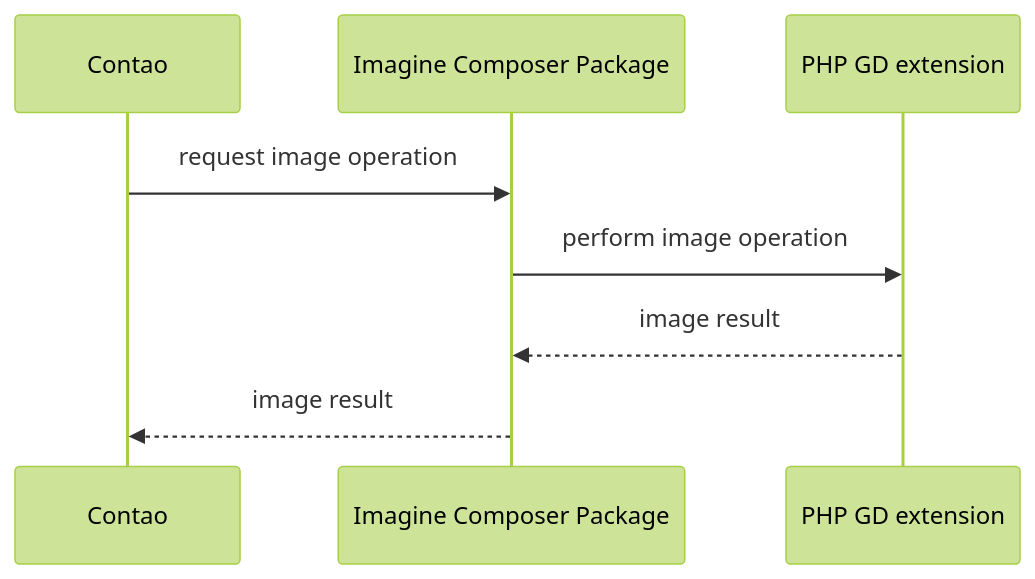
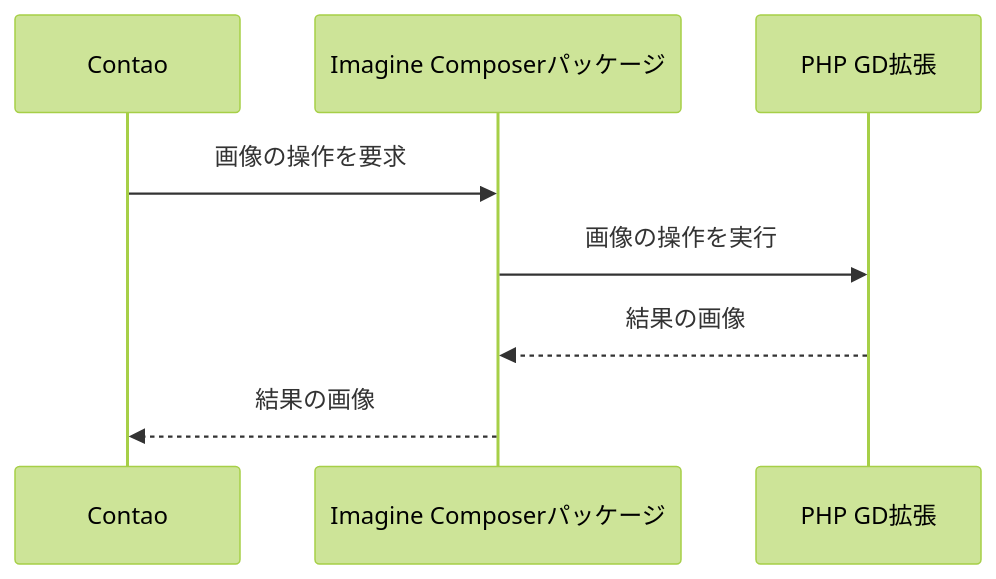
One commit to taca/docs changed the first of 3 diagrams in docs/manual/installation/system-requirements/_index.ja.md. Above: the diagram before and after it, drawn with Mermaid (forest theme). The commit also changed other lines of this file and 1 other file, not shown here.

````diff
--- a/docs/manual/installation/system-requirements/_index.ja.md
+++ b/docs/manual/installation/system-requirements/_index.ja.md
@@ -79,11 +78,11 @@
 ```mermaid
 sequenceDiagram
     participant Contao as Contao
-    participant Imagine as Imagine Composer Package
-    participant GD as PHP GD extension
+    participant Imagine as Imagine Composerパッケージ
+    participant GD as PHP GD拡張
 
-    Contao ->> Imagine: request image operation
-    Imagine ->> GD: perform image operation
-    GD -->> Imagine: image result
-    Imagine -->> Contao: image result
+    Contao ->> Imagine: 画像の操作を要求
+    Imagine ->> GD: 画像の操作を実行
+    GD -->> Imagine: 結果の画像
+    Imagine -->> Contao: 結果の画像
 ```
````
